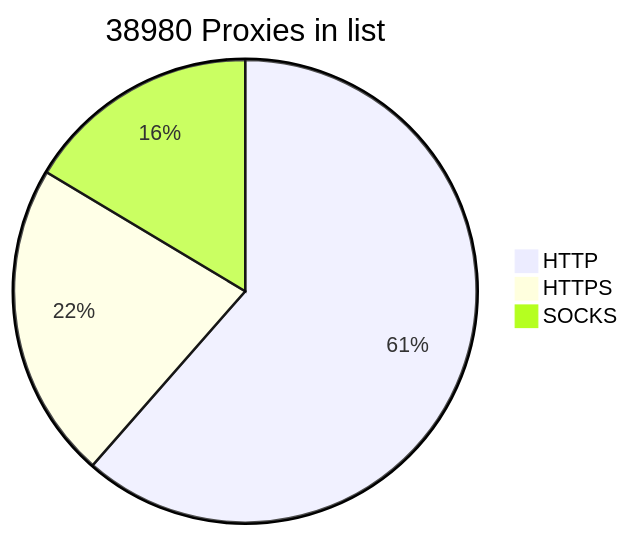
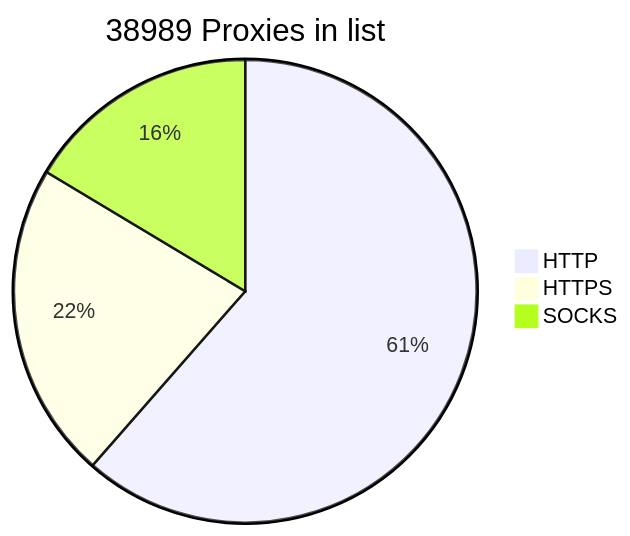
Before and after one commit to BlackSnowDot/proxylist-update-every-minute: the diagram in README.md, drawn with Mermaid.

````diff
--- a/README.md
+++ b/README.md
@@ -2,6 +2,6 @@
 ```mermaid
-pie title 38980 Proxies in list
-    "HTTP" : 28168
-    "HTTPS": 10148
+pie title 38989 Proxies in list
+    "HTTP" : 28177
+    "HTTPS": 10155
     "SOCKS" : 7519
 ```
````
